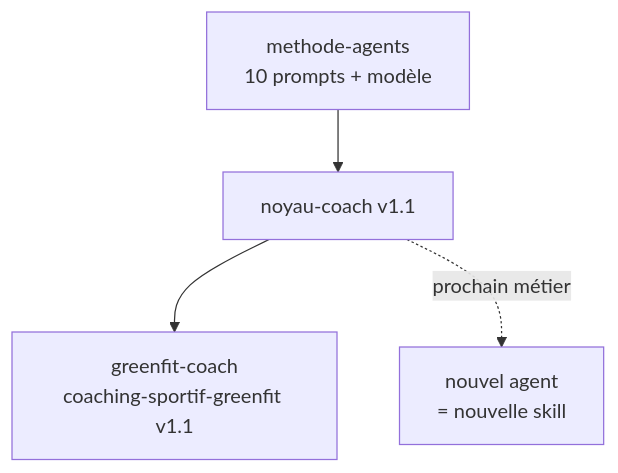
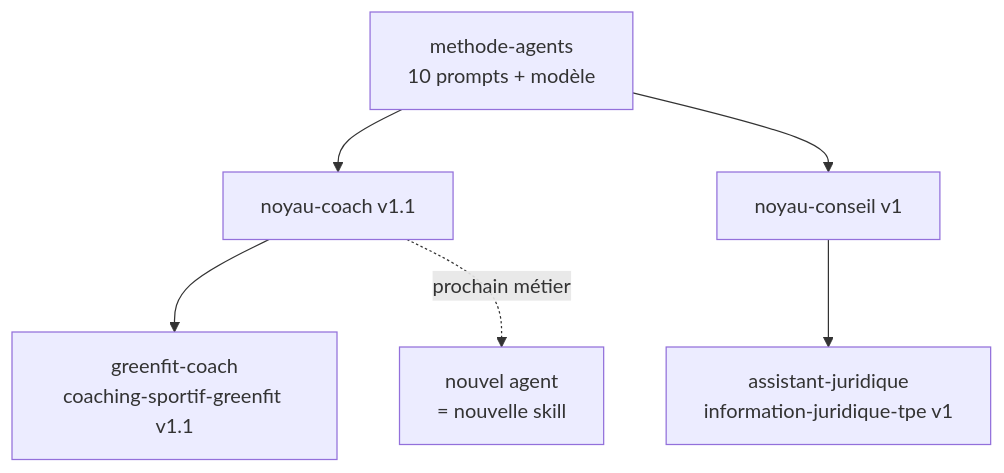
One commit to Electro-agents/.github changed the diagram in profile/README.md. Above: the diagram before and after it, drawn with Mermaid. The commit also changed other lines of this file, not shown here.

Commit message:
assistant-juridique passe en v1 (prompts 0 à 3)
Claude-Session: https://claude.ai/code/session_01DWYPMmQtkp5ySYSQCTi1vU

````diff
--- a/profile/README.md
+++ b/profile/README.md
@@ -5,6 +5,8 @@
 ```mermaid
 flowchart TD
   M[methode-agents<br>10 prompts + modèle] --> N[noyau-coach v1.1]
   N --> G[greenfit-coach<br>coaching-sportif-greenfit v1.1]
+  M --> K[noyau-conseil v1]
+  K --> J[assistant-juridique<br>information-juridique-tpe v1]
   N -. prochain métier .-> X[nouvel agent<br>= nouvelle skill]
 ```
````
